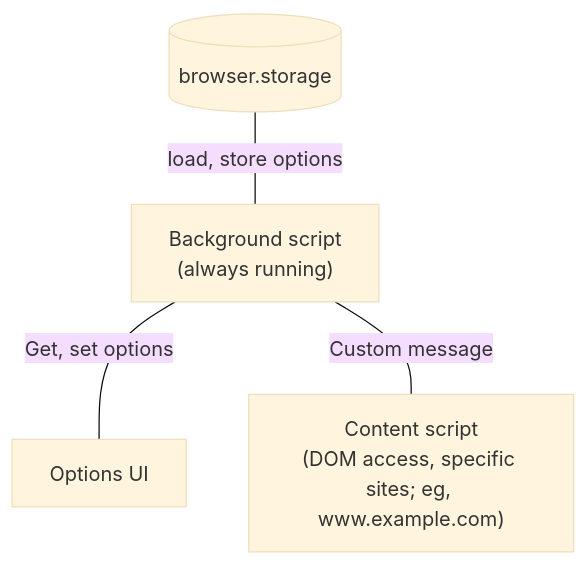
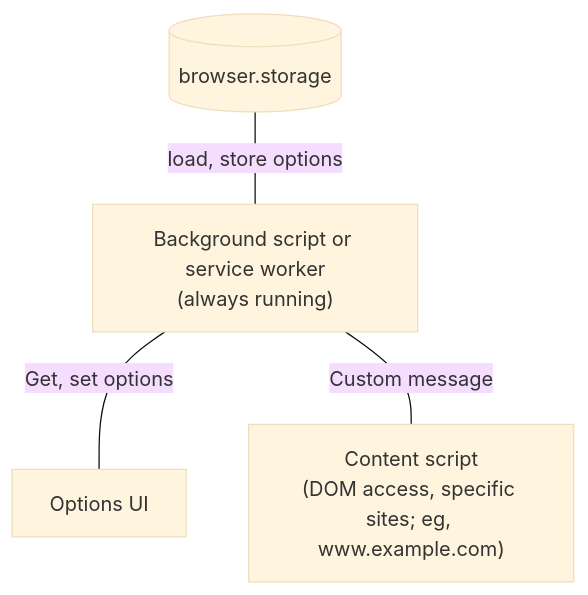
Before and after one commit to gyng/webext-boilerplate: the second of 3 diagrams in README.md, drawn with Mermaid (base theme). The commit also changed other lines of this file, not shown here.

Commit message:
doc: update reference to background script to include service worker

````diff
--- a/README.md
+++ b/README.md
@@ -56,8 +56,8 @@
 ```mermaid
 graph
     L[(browser.storage)] --- |load, store options| B
-    B["Background script<br />(always running)"] --- |Get, set options| O
+    B["Background script or service worker<br />(always running)"] --- |Get, set options| O
     O[Options UI]
     C["Content script<br />(DOM access, specific sites; eg, www.example.com)"]
     B --- |Custom message| C
 ```
````
